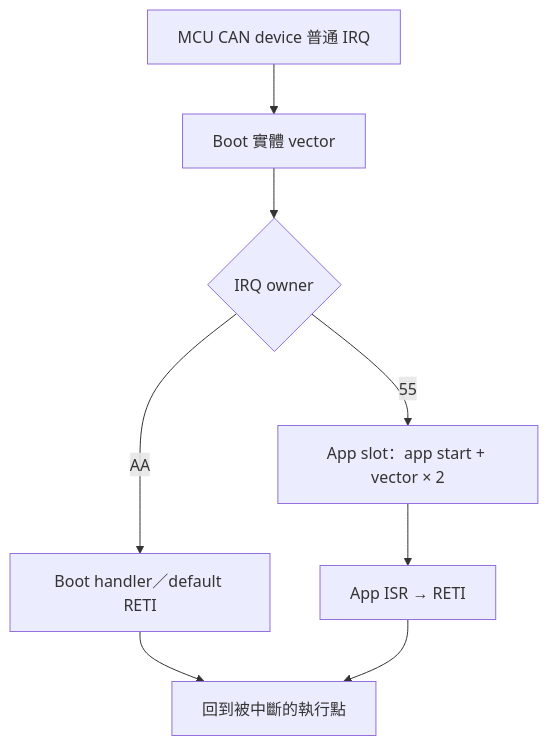
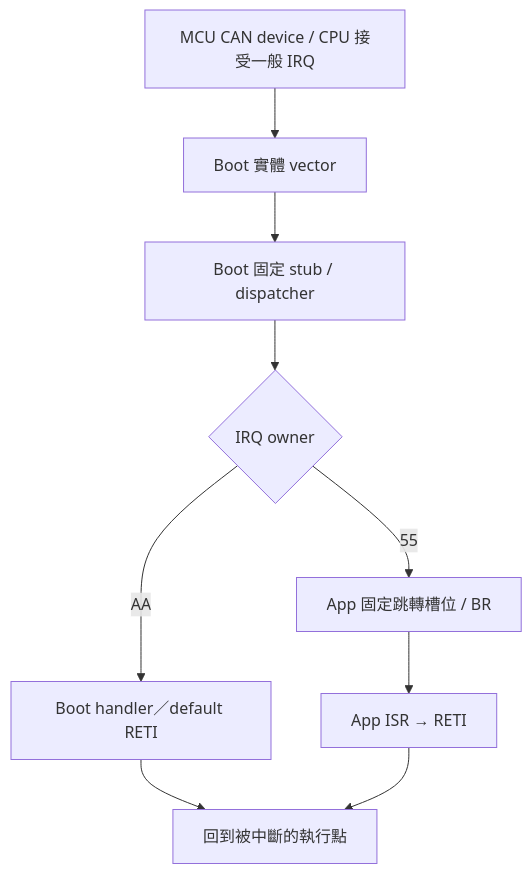
One commit to released/slide_boot_loader_for_RL78 changed the sixth of 11 diagrams in index.md. Above: the diagram before and after it, drawn with Mermaid. The commit also changed other lines of this file and 2 other files, not shown here.

````diff
--- a/index.md
+++ b/index.md
@@ -510,10 +515,11 @@
 ```mermaid
 flowchart TD
-    IRQ["MCU CAN device 普通 IRQ"] --> VECTOR["Boot 實體 vector"]
-    VECTOR --> OWNER{"IRQ owner"}
+    IRQ["MCU CAN device / CPU 接受一般 IRQ"] --> VECTOR["Boot 實體 vector"]
+    VECTOR --> DISPATCH["Boot 固定 stub / dispatcher"]
+    DISPATCH --> OWNER{"IRQ owner"}
     OWNER -->|"AA"| BOOT["Boot handler／default RETI"]
-    OWNER -->|"55"| SLOT["App slot：app start + vector × 2"]
+    OWNER -->|"55"| SLOT["App 固定跳轉槽位 / BR"]
     SLOT --> APP["App ISR → RETI"]
     BOOT --> RETURN["回到被中斷的執行點"]
     APP --> RETURN
 ```
````
